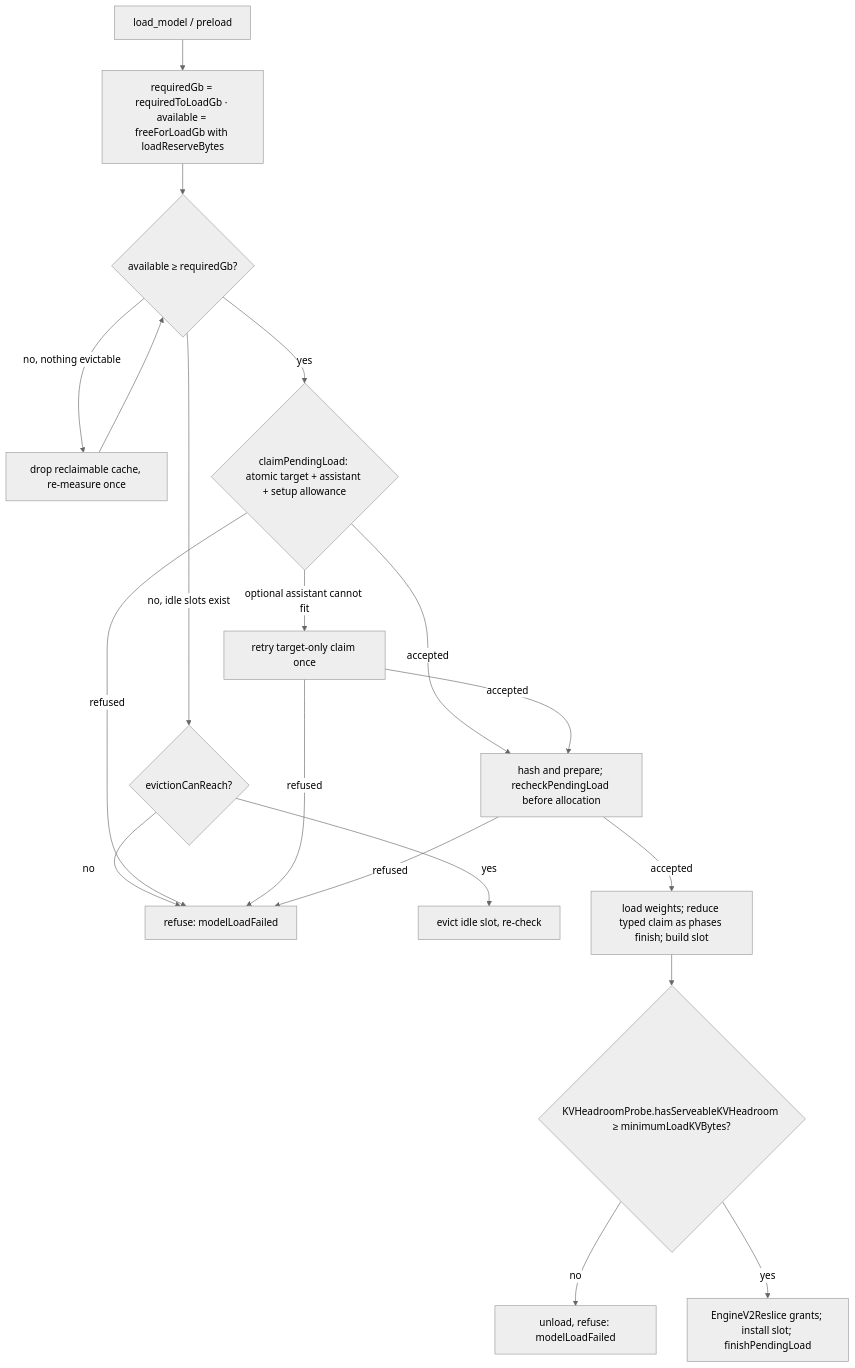
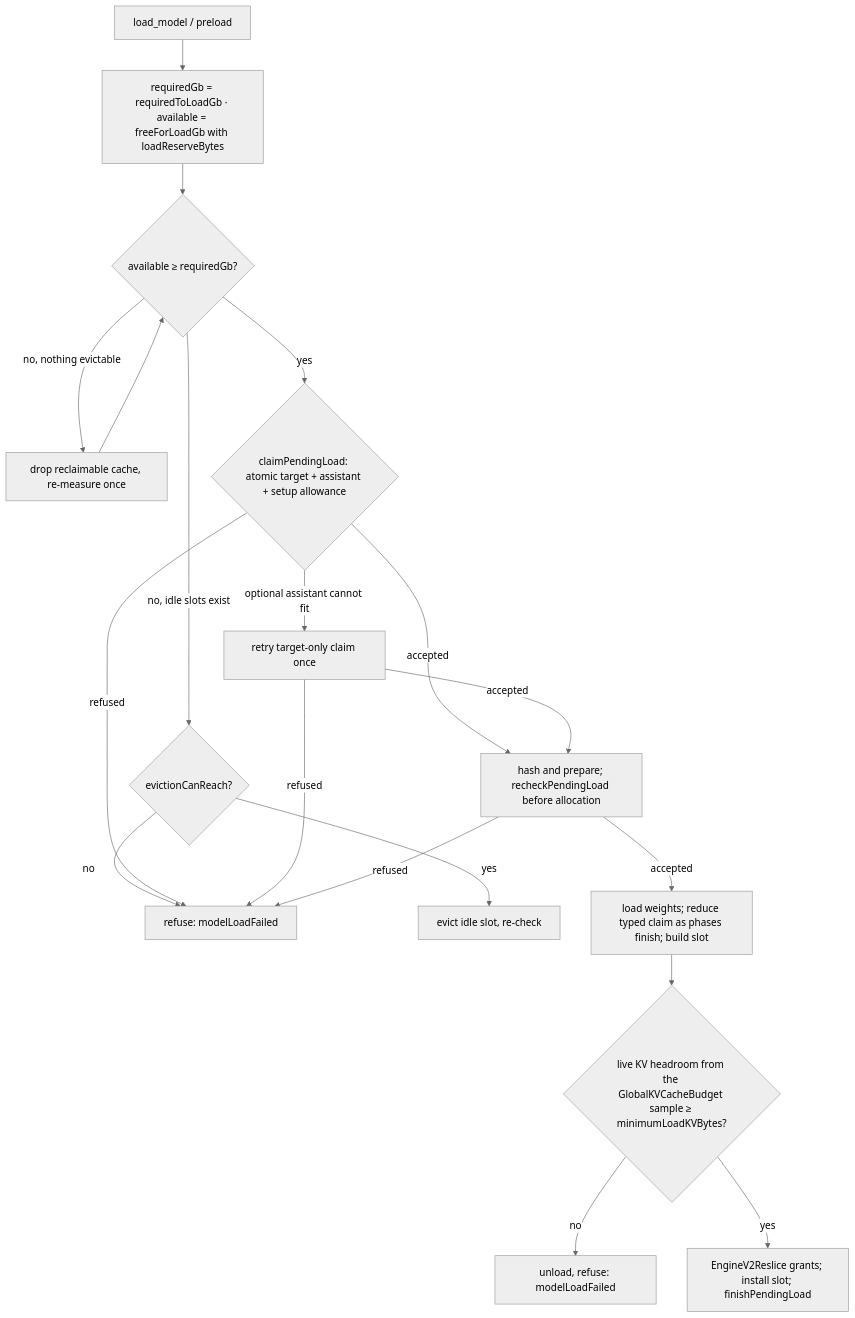
Before and after one commit to Layr-Labs/d-inference: the diagram in docs/architecture/hardware-support.md, drawn with Mermaid (neutral theme). The commit also changed other lines of this file and 1 other file, not shown here.

First line of the commit message:
docs(provider): post-load headroom reads the KV budget sample

````diff
--- a/docs/architecture/hardware-support.md
+++ b/docs/architecture/hardware-support.md
@@ -151,21 +151,21 @@
 ```mermaid
 flowchart TD
     A[load_model / preload] --> B[requiredGb = requiredToLoadGb · available = freeForLoadGb with loadReserveBytes]
     B --> C{available ≥ requiredGb?}
     C -- no, idle slots exist --> D{evictionCanReach?}
     D -- no --> R1[refuse: modelLoadFailed]
     D -- yes --> E[evict idle slot, re-check]
     C -- no, nothing evictable --> F[drop reclaimable cache, re-measure once]
     F --> C
     C -- yes --> P{claimPendingLoad: atomic target + assistant + setup allowance}
     P -- optional assistant cannot fit --> T[retry target-only claim once]
     P -- accepted --> Q[hash and prepare; recheckPendingLoad before allocation]
     T -- accepted --> Q
     P -- refused --> R1
     T -- refused --> R1
     Q -- refused --> R1
     Q -- accepted --> G[load weights; reduce typed claim as phases finish; build slot]
-    G --> H{KVHeadroomProbe.hasServeableKVHeadroom ≥ minimumLoadKVBytes?}
+    G --> H{"live KV headroom from the GlobalKVCacheBudget sample ≥ minimumLoadKVBytes?"}
     H -- no --> R2[unload, refuse: modelLoadFailed]
     H -- yes --> I[EngineV2Reslice grants; install slot; finishPendingLoad]
 ```
````
